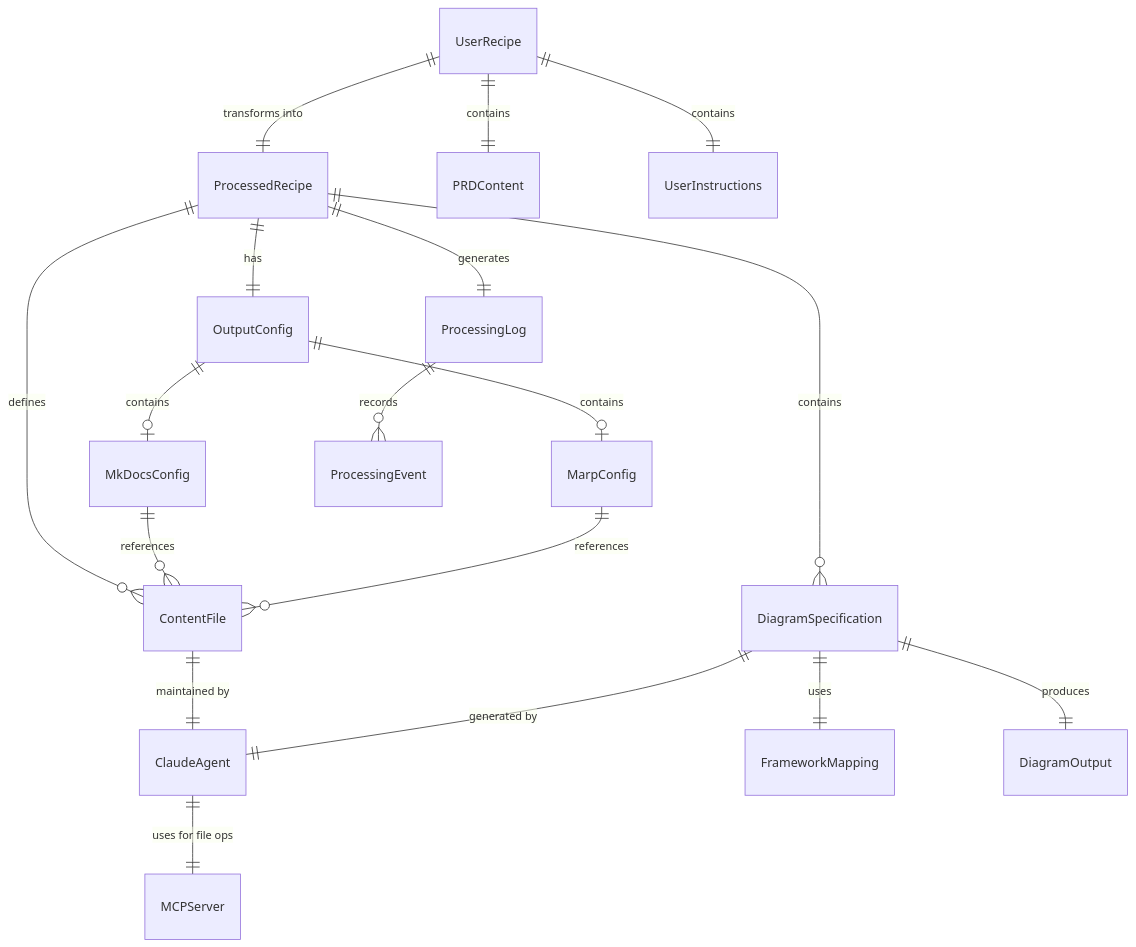
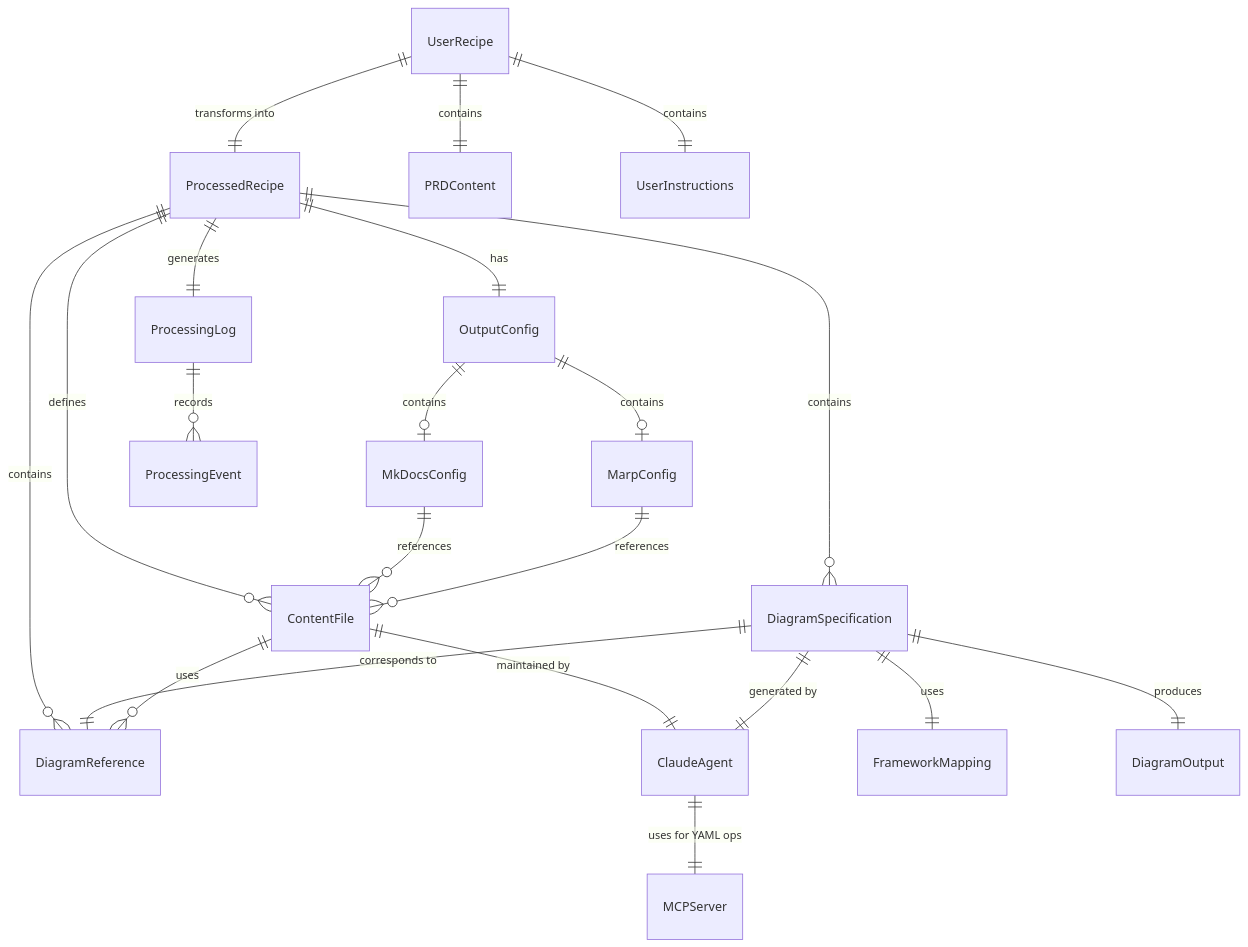
Before and after one commit to afterthought/t2d-kit: the diagram in specs/001-i-want-to/data-model.md, drawn with Mermaid. The commit also changed other lines of this file, not shown here.

Commit message:
feat: Update entity relationships and add diagram reference specifications in data model

````diff
--- a/specs/001-i-want-to/data-model.md
+++ b/specs/001-i-want-to/data-model.md
@@ -9,20 +9,23 @@
 ```mermaid
 erDiagram
     UserRecipe ||--|| ProcessedRecipe : "transforms into"
-    UserRecipe ||--|| PRDContent : contains
-    UserRecipe ||--|| UserInstructions : contains
+    UserRecipe ||--|| PRDContent : "contains"
+    UserRecipe ||--|| UserInstructions : "contains"
     ProcessedRecipe ||--o{ ContentFile : "defines"
     ProcessedRecipe ||--o{ DiagramSpecification : "contains"
+    ProcessedRecipe ||--o{ DiagramReference : "contains"
     ProcessedRecipe ||--|| OutputConfig : "has"
+    DiagramSpecification ||--|| DiagramReference : "corresponds to"
     ContentFile ||--|| ClaudeAgent : "maintained by"
+    ContentFile ||--o{ DiagramReference : "uses"
     DiagramSpecification ||--|| ClaudeAgent : "generated by"
     DiagramSpecification ||--|| FrameworkMapping : "uses"
     DiagramSpecification ||--|| DiagramOutput : "produces"
     OutputConfig ||--o| MkDocsConfig : "contains"
     OutputConfig ||--o| MarpConfig : "contains"
     MkDocsConfig ||--o{ ContentFile : "references"
     MarpConfig ||--o{ ContentFile : "references"
     ProcessedRecipe ||--|| ProcessingLog : "generates"
     ProcessingLog ||--o{ ProcessingEvent : "records"
-    ClaudeAgent ||--|| MCPServer : "uses for file ops"
+    ClaudeAgent ||--|| MCPServer : "uses for YAML ops"
 ```
````
